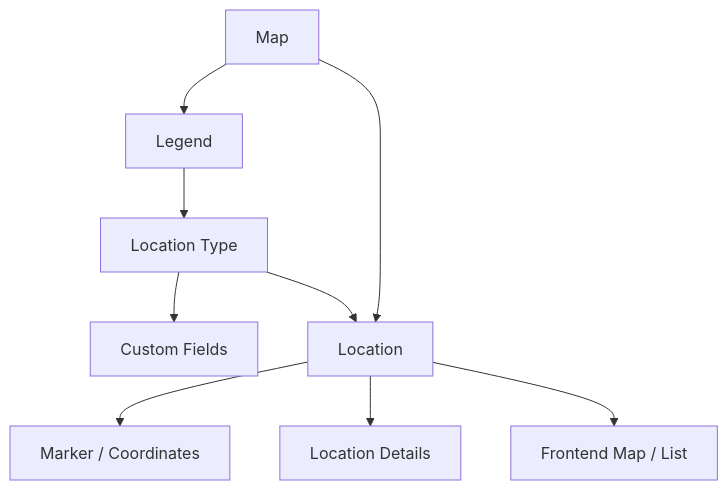
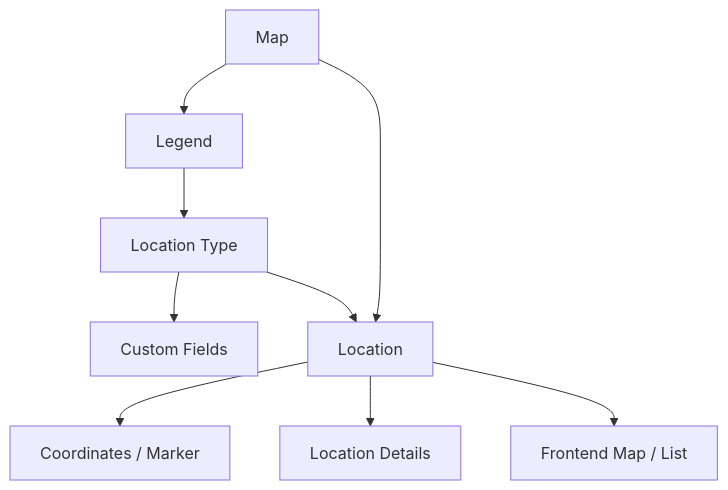
The second of 7 diagrams in docs/joomla/learning/3rd-extensions/shack-locations-free-2-2-1-installation-configuration-guide.md (duyduyly/php-notebook), drawn with Mermaid before and after one commit. The commit also changed other lines of this file, not shown here.

````diff
--- a/docs/joomla/learning/3rd-extensions/shack-locations-free-2-2-1-installation-configuration-guide.md
+++ b/docs/joomla/learning/3rd-extensions/shack-locations-free-2-2-1-installation-configuration-guide.md
@@ -105,11 +100,11 @@
 ```mermaid
 flowchart TD
     A[Map] --> B[Legend]
     B --> C[Location Type]
     C --> D[Custom Fields]
     A --> E[Location]
     C --> E
-    E --> F[Marker / Coordinates]
+    E --> F[Coordinates / Marker]
     E --> G[Location Details]
     E --> H[Frontend Map / List]
 ```
````
